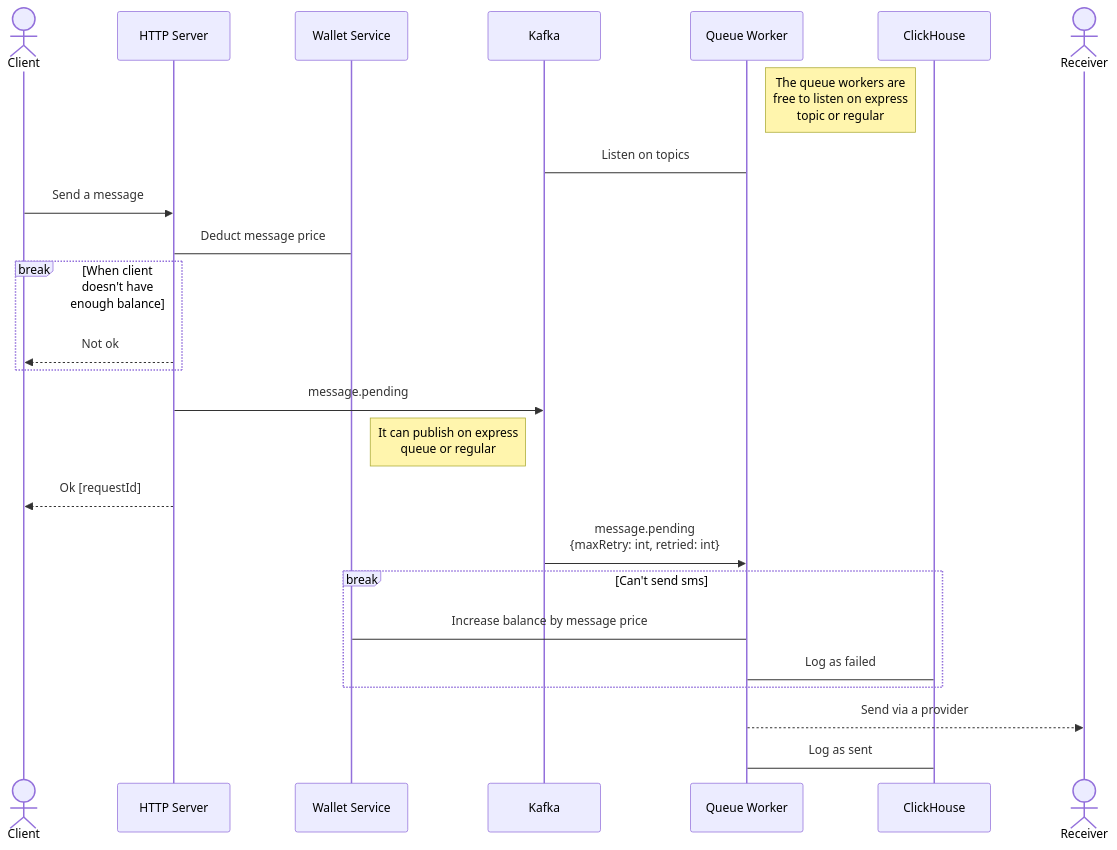
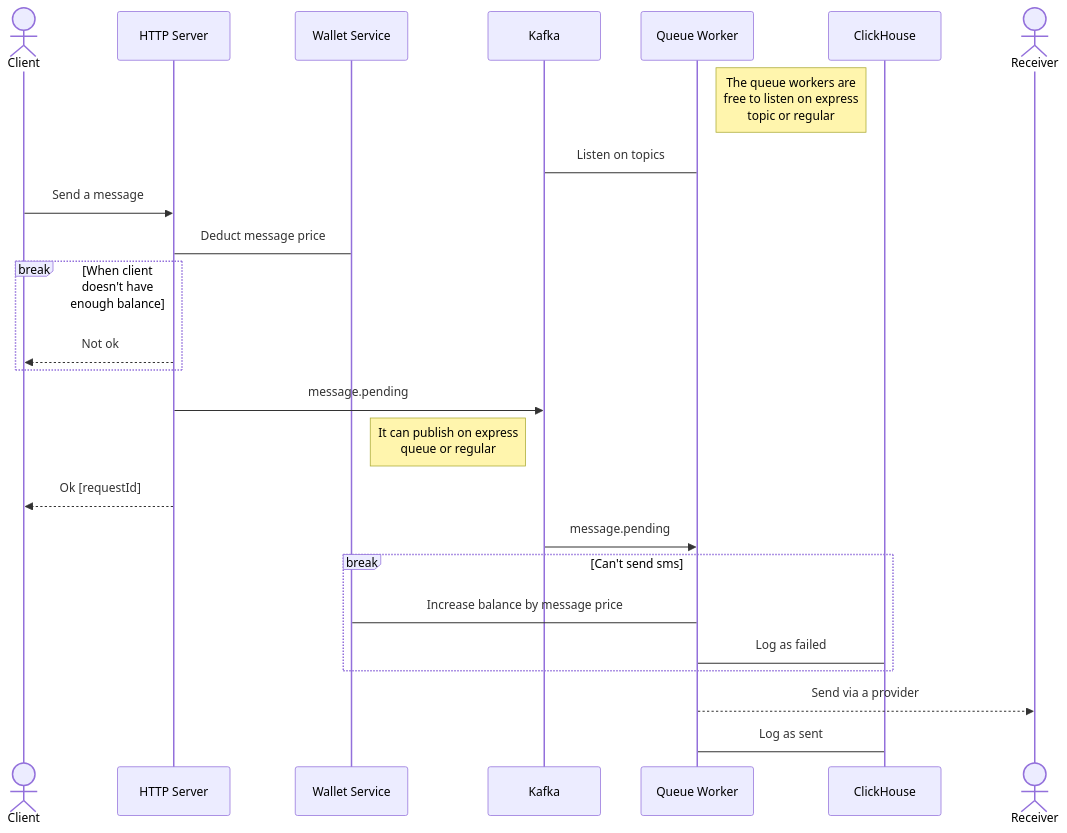
One commit to kadsin/sms-gateway changed the second of 4 diagrams in docs/architecture.md. Above: the diagram before and after it, drawn with Mermaid. The commit also changed other lines of this file, not shown here.

Commit message:
docs(architecture.flow): Add redis

````diff
--- a/docs/architecture.md
+++ b/docs/architecture.md
@@ -50,31 +52,31 @@
 ```mermaid
 sequenceDiagram
     Actor c as Client
     Participant s as HTTP Server
     Participant ubs as Wallet Service
     Participant mb as Kafka
     Participant w as Queue Worker
     Note right of w : The queue workers are<br>free to listen on express<br>topic or regular
     Participant cdb as ClickHouse
     Actor r as Receiver
 
 w->mb : Listen on topics
 
 c->>s : Send a message
 s->ubs : Deduct message price
 
 break When client doesn't have enough balance
     s-->>c : Not ok
 end
 
 s->>mb : message.pending
 Note left of mb : It can publish on express<br>queue or regular
 s-->>c : Ok [requestId]
-mb->>w : message.pending<br>{maxRetry: int, retried: int}
+mb->>w : message.pending
 break Can't send sms
     w->ubs : Increase balance by message price
     w->cdb : Log as failed
 end
 w-->>r: Send via a provider
 w->cdb : Log as sent
 ```
````
